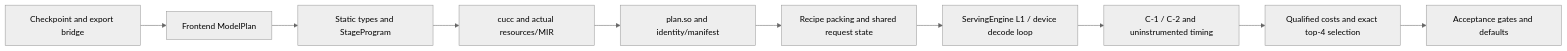
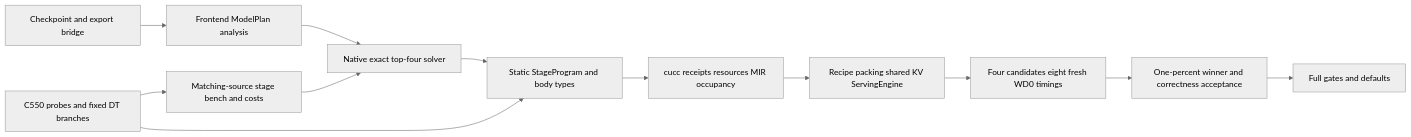
One commit to pengjh0111/TileMega changed the diagram in docs/results/MX5_pipeline_c550.md. Above: the diagram before and after it, drawn with Mermaid (neutral theme). The commit also changed other lines of this file and 7 other files, not shown here.

Commit message:
docs: record fourth current-source dense top-four selection

````diff
--- a/docs/results/MX5_pipeline_c550.md
+++ b/docs/results/MX5_pipeline_c550.md
@@ -16,12 +16,14 @@
 ```mermaid
 flowchart LR
-  A[Checkpoint and export bridge] --> B[Frontend ModelPlan]
-  B --> C[Static types and StageProgram]
-  C --> D[cucc and actual resources/MIR]
-  D --> E[plan.so and identity/manifest]
-  E --> F[Recipe packing and shared request state]
-  F --> G[ServingEngine L1 / device decode loop]
-  G --> H[C-1 / C-2 and uninstrumented timing]
-  H --> I[Qualified costs and exact top-4 selection]
-  I --> J[Acceptance gates and defaults]
+  A[Checkpoint and export bridge] --> B[Frontend ModelPlan analysis]
+  P[C550 probes and fixed DT branches] --> C[Matching-source stage bench and costs]
+  C --> S[Native exact top-four solver]
+  B --> S
+  S --> D[Static StageProgram and body types]
+  P --> D
+  D --> E[cucc receipts resources MIR occupancy]
+  E --> F[Recipe packing shared KV ServingEngine]
+  F --> G[Four candidates eight fresh WD0 timings]
+  G --> H[One-percent winner and correctness acceptance]
+  H --> I[Full gates and defaults]
 ```
````
